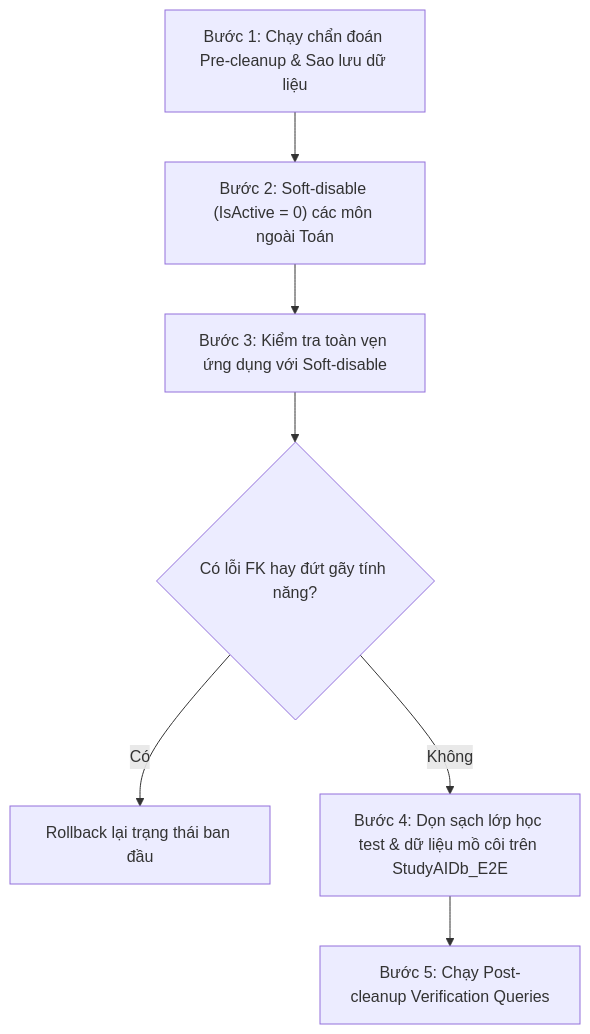
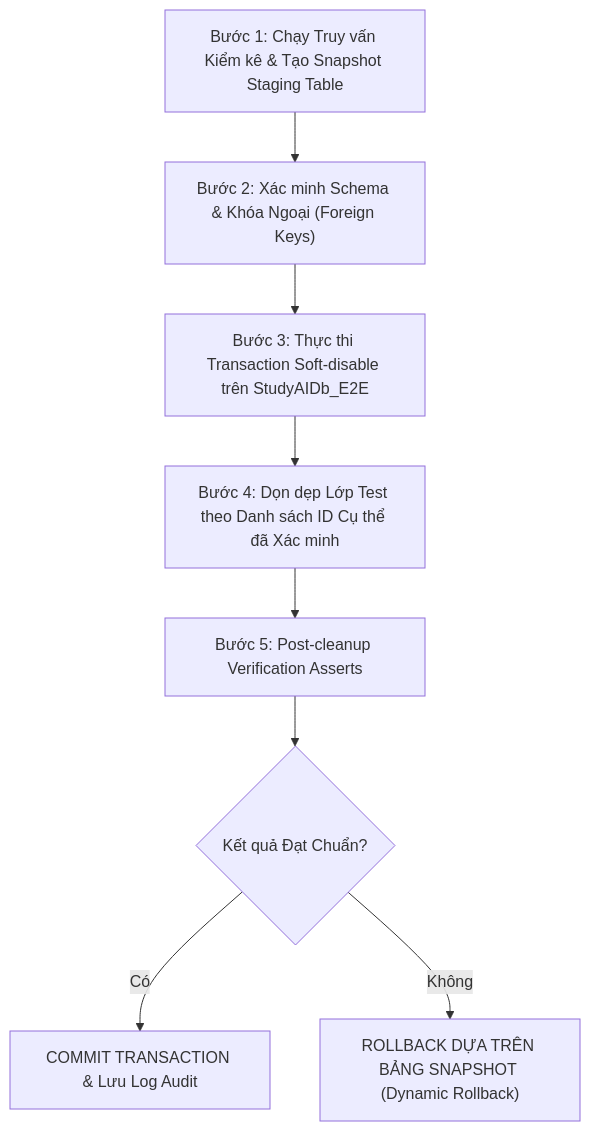
The second of 2 diagrams in docs/plans/MATH_ONLY_CURRICULUM_CLEANUP_PLAN.md (hthuyngan/STUDY_AI-), drawn with Mermaid before and after one commit. The commit also changed other lines of this file and 2 other files, not shown here.

Commit message:
docs(curriculum): correct Math 10-12 cleanup plan with strict pairs, ingress prevention and safe SQL rehearsal

````diff
--- a/docs/plans/MATH_ONLY_CURRICULUM_CLEANUP_PLAN.md
+++ b/docs/plans/MATH_ONLY_CURRICULUM_CLEANUP_PLAN.md
@@ -234,9 +228,10 @@
 ```mermaid
 flowchart TD
-    Step1["Bước 1: Chạy chẩn đoán Pre-cleanup & Sao lưu dữ liệu"] --> Step2["Bước 2: Soft-disable (IsActive = 0) các môn ngoài Toán"]
-    Step2 --> Step3["Bước 3: Kiểm tra toàn vẹn ứng dụng với Soft-disable"]
-    Step3 --> Step4{"Có lỗi FK hay đứt gãy tính năng?"}
-    Step4 -- Có --> Rollback["Rollback lại trạng thái ban đầu"]
-    Step4 -- Không --> Step5["Bước 4: Dọn sạch lớp học test & dữ liệu mồ côi trên StudyAIDb_E2E"]
-    Step5 --> Step6["Bước 5: Chạy Post-cleanup Verification Queries"]
+    S1["Bước 1: Chạy Truy vấn Kiểm kê & Tạo Snapshot Staging Table"] --> S2["Bước 2: Xác minh Schema & Khóa Ngoại (Foreign Keys)"]
+    S2 --> S3["Bước 3: Thực thi Transaction Soft-disable trên StudyAIDb_E2E"]
+    S3 --> S4["Bước 4: Dọn dẹp Lớp Test theo Danh sách ID Cụ thể đã Xác minh"]
+    S4 --> S5["Bước 5: Post-cleanup Verification Asserts"]
+    S5 --> S6{"Kết quả Đạt Chuẩn?"}
+    S6 -- Có --> S7["COMMIT TRANSACTION & Lưu Log Audit"]
+    S6 -- Không --> S8["ROLLBACK DỰA TRÊN BẢNG SNAPSHOT (Dynamic Rollback)"]
 ```
````
